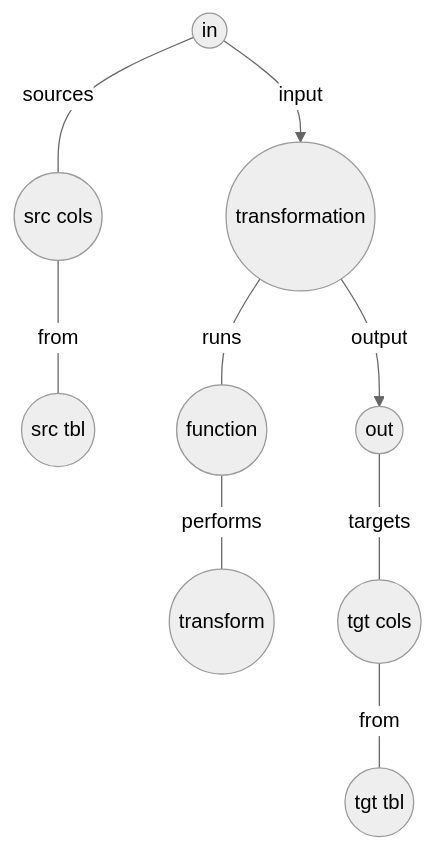
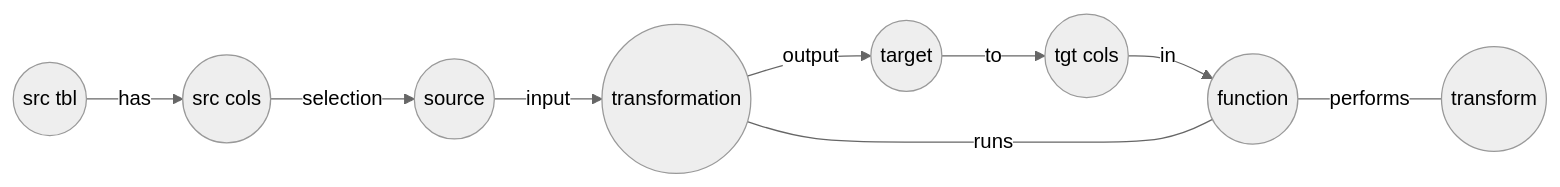
One commit to Heinzad/heinzad.github.io changed the first of 3 diagrams in _posts/2022-11-02-column-transformations-with-t-sql.md. Above: the diagram before and after it, drawn with Mermaid (neutral theme).

````diff
--- a/_posts/2022-11-02-column-transformations-with-t-sql.md
+++ b/_posts/2022-11-02-column-transformations-with-t-sql.md
@@ -33,11 +33,11 @@
 ```mermaid 
-graph TD; 
-A((in)) -- sources --- B((src cols)) 
-B -- from --- C((src tbl))  
-D((transformation)) -- runs --- E((function))  
-E -- performs --- F((transform))  
-G((out)) -- targets --- H((tgt cols))  
-H -- from --- J((tgt tbl)) 
-A -- input -->D  
-D -- output -->G   
+graph LR; 
+A((src tbl)) -- has --> B((src cols)) 
+B -- selection --> C((source)) 
+C -- input --> D((transformation)) 
+D -- output --> E((target)) 
+E -- to --> F((tgt cols)) 
+F -- in --> G((tgt tbl))
+D -- runs --- G((function))  
+G -- performs --- H((transform))    
 ``` 
````
